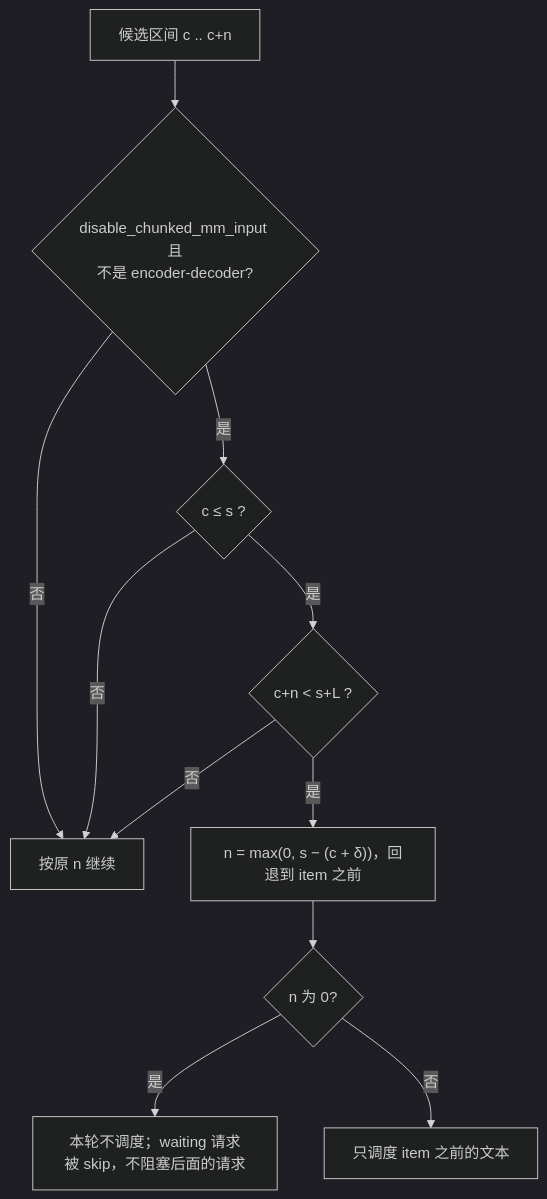
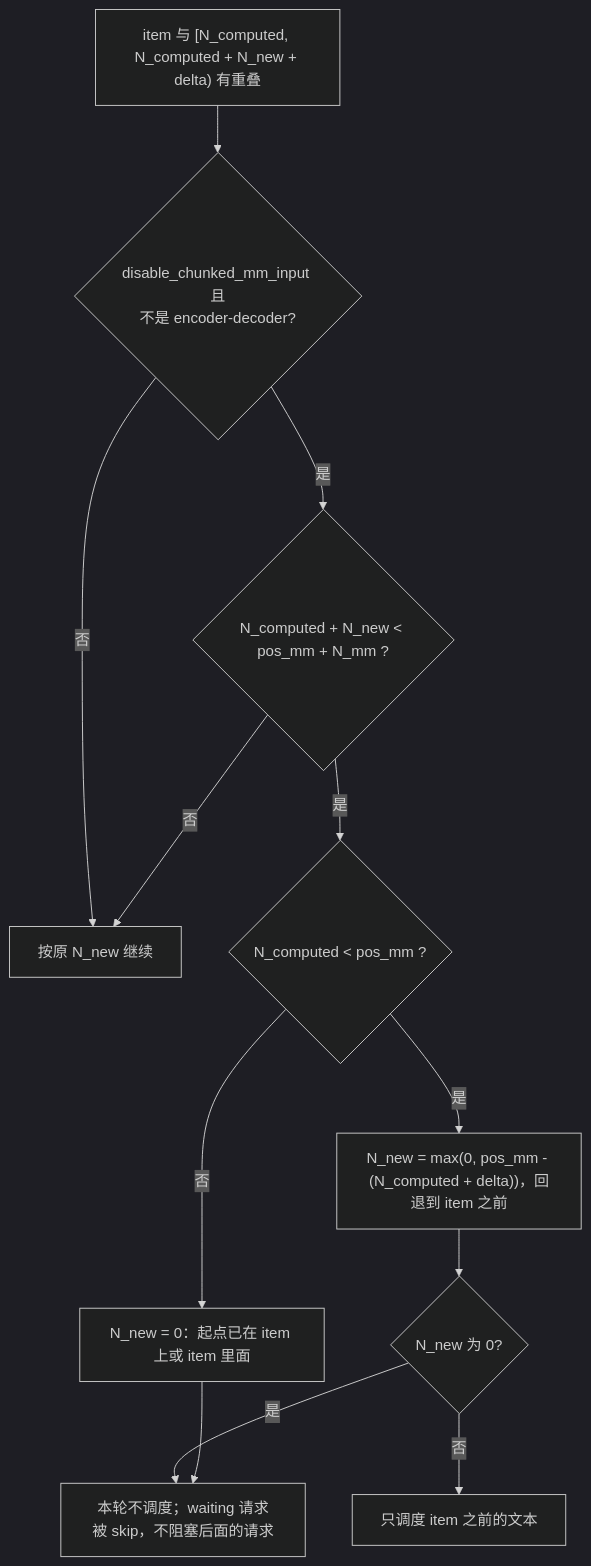
Diagram 20 of 31 in book/04-scheduler/README.md (cluster1900/vllm_reader), drawn with Mermaid (dark theme) before and after one commit. The commit also changed other lines of this file and 3 other files, not shown here.

First line of the commit message:
ch04: formula walkthroughs (白话/其中/怎么算出来/核对), rollback diagram, CI EPUB+math preview

````diff
--- a/book/04-scheduler/README.md
+++ b/book/04-scheduler/README.md
@@ -1099,13 +1253,14 @@
 ```mermaid
 flowchart TD
-    A[候选区间 c .. c+n] --> B{disable_chunked_mm_input 且<br/>不是 encoder-decoder?}
-    B -->|否| OK[按原 n 继续]
-    B -->|是| C{c ≤ s ?}
+    A["item 与 [N_computed, N_computed + N_new + delta) 有重叠"] --> B{"disable_chunked_mm_input 且<br/>不是 encoder-decoder?"}
+    B -->|否| OK[按原 N_new 继续]
+    B -->|是| C{"N_computed + N_new < pos_mm + N_mm ?"}
     C -->|否| OK
-    C -->|是| D{c+n < s+L ?}
-    D -->|否| OK
-    D -->|是| CUT["n = max(0, s − (c + δ))，回退到 item 之前"]
-    CUT --> E{n 为 0?}
+    C -->|是| D{"N_computed < pos_mm ?"}
+    D -->|是| CUT["N_new = max(0, pos_mm - (N_computed + delta))，回退到 item 之前"]
+    D -->|否| ZERO["N_new = 0：起点已在 item 上或 item 里面"]
+    CUT --> E{N_new 为 0?}
     E -->|是| SKIP[本轮不调度；waiting 请求被 skip，不阻塞后面的请求]
     E -->|否| OK2[只调度 item 之前的文本]
+    ZERO --> SKIP
 ```
````
